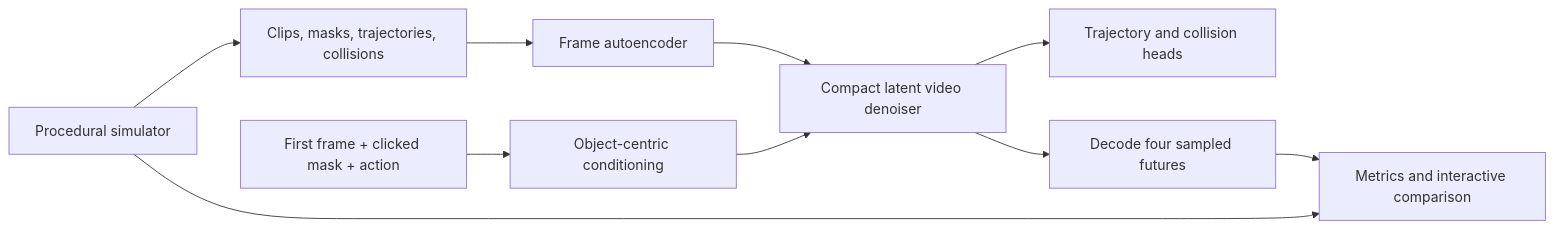
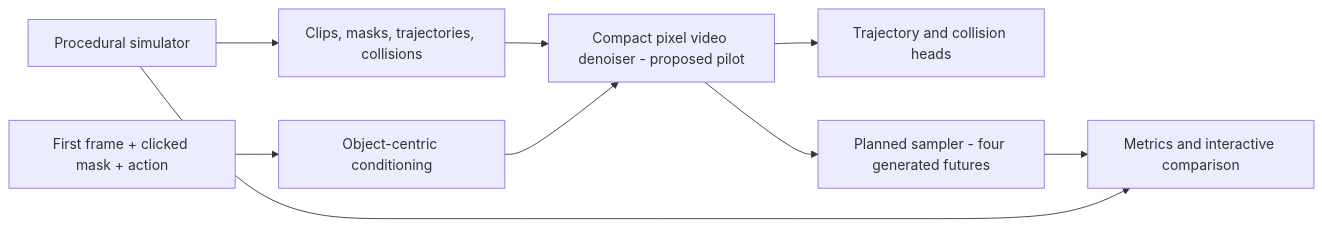
The diagram in README.md (athul1810/click2future), drawn with Mermaid before and after one commit. The commit also changed other lines of this file and 22 other files, not shown here.

````diff
--- a/README.md
+++ b/README.md
@@ -67,12 +72,11 @@
 ```mermaid
 flowchart LR
     S[Procedural simulator] --> D[Clips, masks, trajectories, collisions]
-    D --> A[Frame autoencoder]
+    D --> V[Compact pixel video denoiser - proposed pilot]
     I[First frame + clicked mask + action] --> C[Object-centric conditioning]
-    A --> V[Compact latent video denoiser]
     C --> V
     V --> H[Trajectory and collision heads]
-    V --> O[Decode four sampled futures]
+    V --> O[Planned sampler - four generated futures]
     O --> E[Metrics and interactive comparison]
     S --> E
 ```
````
